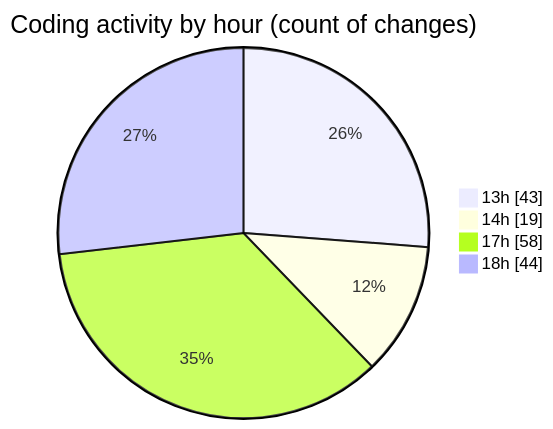
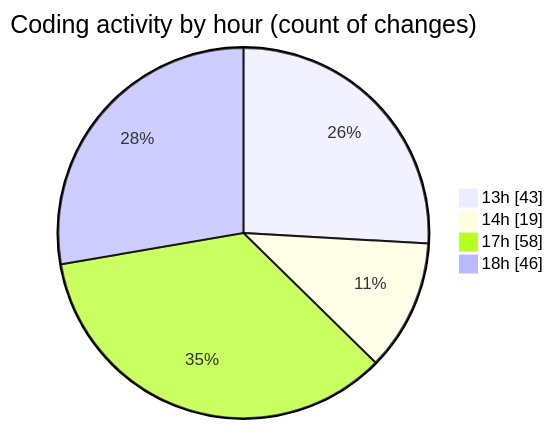
One commit to MatusMokan/code-tracking changed the second of 2 diagrams in 2025-10-04/untitled__workspace_/README.md. Above: the diagram before and after it, drawn with Mermaid. The commit also changed other lines of this file and 1 other file, not shown here.

````diff
--- a/2025-10-04/untitled__workspace_/README.md
+++ b/2025-10-04/untitled__workspace_/README.md
@@ -48,8 +48,8 @@
 ```mermaid
 pie showData
 title Coding activity by hour (count of changes)
 "13h" : 43
 "14h" : 19
 "17h" : 58
-"18h" : 44
+"18h" : 46
 ```
````
